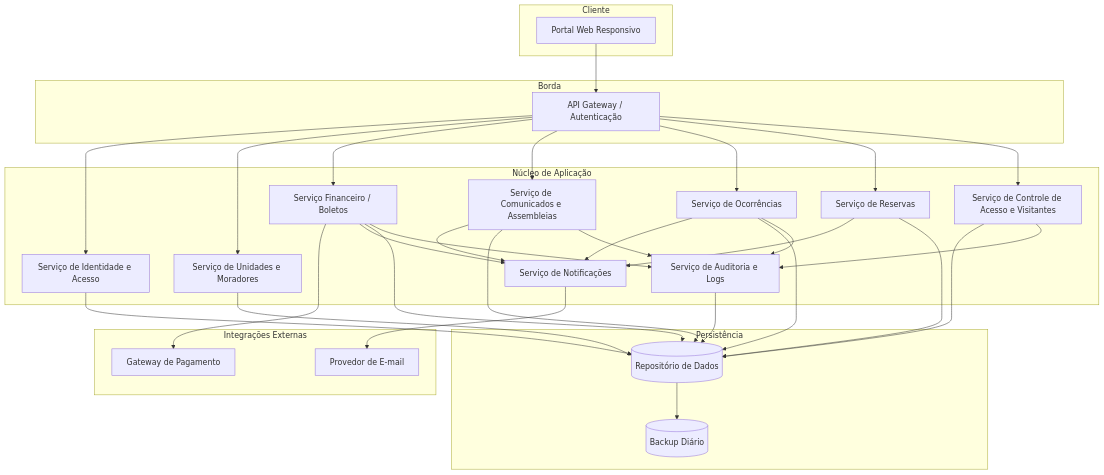
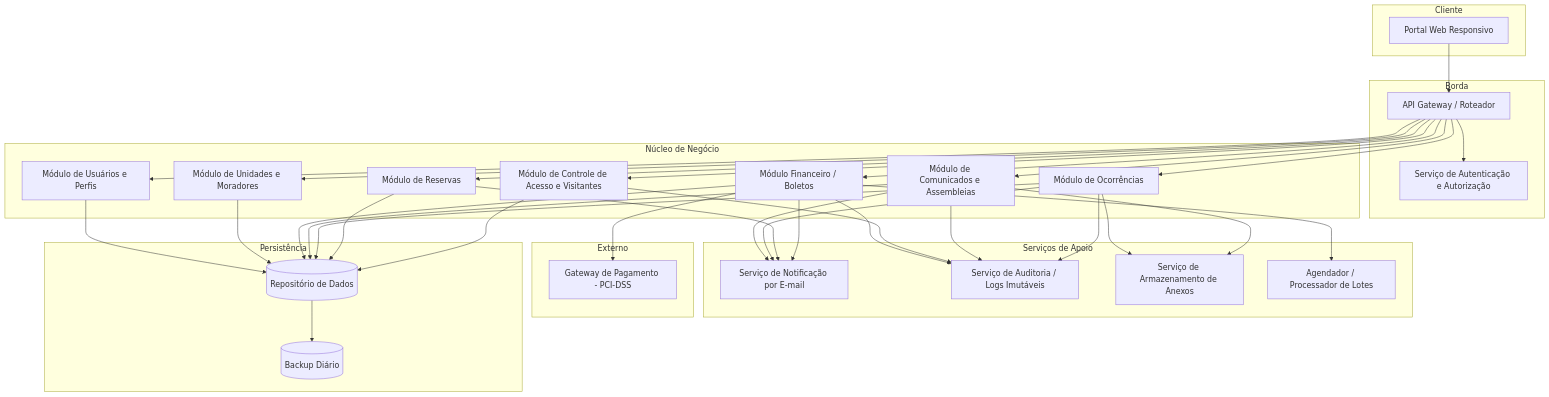
One commit to PDC-ESIA/AI4ES changed the first of 4 diagrams in docs/Time_2_Design/analise-qualitativa/outputs/relatorio_claude_opus_4_8_M04.md. Above: the diagram before and after it, drawn with Mermaid. The commit also changed other lines of this file and 107 other files, not shown here.

````diff
--- a/docs/Time_2_Design/analise-qualitativa/outputs/relatorio_claude_opus_4_8_M04.md
+++ b/docs/Time_2_Design/analise-qualitativa/outputs/relatorio_claude_opus_4_8_M04.md
@@ -33,63 +33,72 @@
 ```mermaid
 graph TD
     subgraph Cliente
-        PORTAL[Portal Web Responsivo]
+        UI[Portal Web Responsivo]
     end
 
     subgraph Borda
-        GW[API Gateway / Autenticação]
+        GW[API Gateway / Roteador]
+        AUTH[Serviço de Autenticação e Autorização]
     end
 
-    subgraph Núcleo de Aplicação
-        AUTH[Serviço de Identidade e Acesso]
-        UNIT[Serviço de Unidades e Moradores]
-        FIN[Serviço Financeiro / Boletos]
-        COM[Serviço de Comunicados e Assembleias]
-        OCO[Serviço de Ocorrências]
-        RES[Serviço de Reservas]
-        ACS[Serviço de Controle de Acesso e Visitantes]
-        NOT[Serviço de Notificações]
-        AUD[Serviço de Auditoria e Logs]
+    subgraph Núcleo de Negócio
+        USR[Módulo de Usuários e Perfis]
+        UNI[Módulo de Unidades e Moradores]
+        FIN[Módulo Financeiro / Boletos]
+        COM[Módulo de Comunicados e Assembleias]
+        OCO[Módulo de Ocorrências]
+        RES[Módulo de Reservas]
+        ACS[Módulo de Controle de Acesso e Visitantes]
     end
 
-    subgraph Integrações Externas
-        PAYGW[Gateway de Pagamento]
-        MAIL[Provedor de E-mail]
+    subgraph Serviços de Apoio
+        NOT[Serviço de Notificação por E-mail]
+        AUD[Serviço de Auditoria / Logs Imutáveis]
+        FILE[Serviço de Armazenamento de Anexos]
+        SCHED[Agendador / Processador de Lotes]
+    end
+
+    subgraph Externo
+        PAY[Gateway de Pagamento - PCI-DSS]
     end
 
     subgraph Persistência
         DB[(Repositório de Dados)]
         BKP[(Backup Diário)]
     end
 
-    PORTAL --> GW
+    UI --> GW
     GW --> AUTH
-    GW --> UNIT
+    GW --> USR
+    GW --> UNI
     GW --> FIN
     GW --> COM
     GW --> OCO
     GW --> RES
     GW --> ACS
 
-    FIN --> PAYGW
-    FIN --> NOT
+    FIN --> PAY
+    FIN --> SCHED
     COM --> NOT
     OCO --> NOT
     RES --> NOT
-    NOT --> MAIL
+    FIN --> NOT
 
-    UNIT --> DB
+    USR --> DB
+    UNI --> DB
     FIN --> DB
     COM --> DB
     OCO --> DB
     RES --> DB
     ACS --> DB
-    AUTH --> DB
 
     FIN --> AUD
+    ACS --> AUD
     COM --> AUD
     OCO --> AUD
-    ACS --> AUD
-    AUD --> DB
+
+    OCO --> FILE
+    COM --> FILE
+
     DB --> BKP
 ```
````
